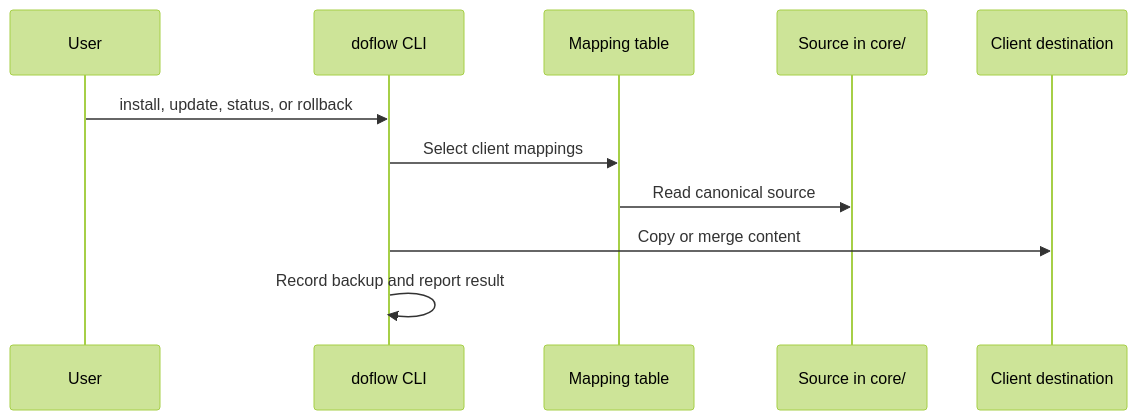
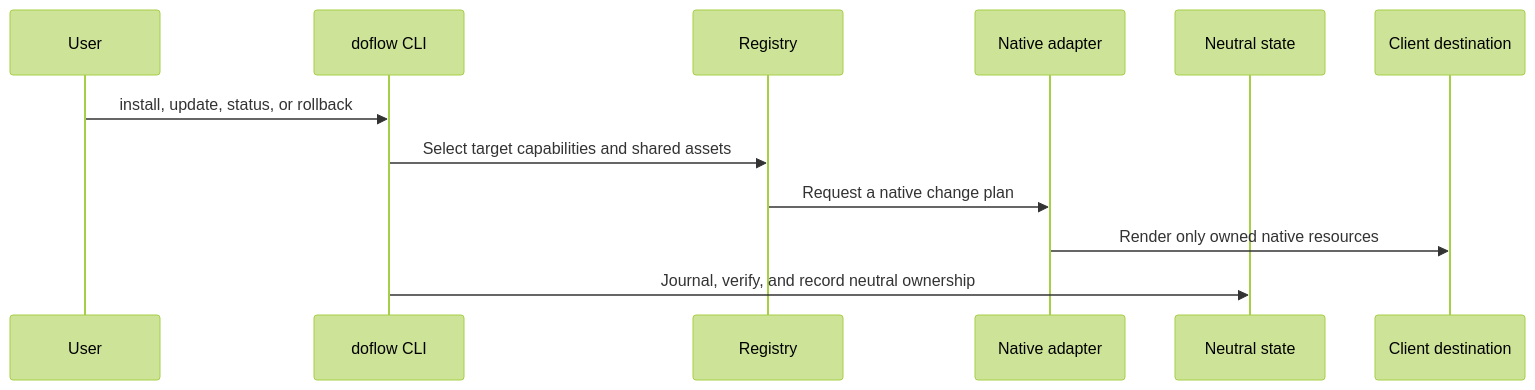
The second of 3 diagrams in docs/architecture.md (khoavu882/do-flow), drawn with Mermaid (forest theme) before and after one commit. The commit also changed other lines of this file and 208 other files, not shown here.

````diff
--- a/docs/architecture.md
+++ b/docs/architecture.md
@@ -35,13 +49,14 @@
 ```mermaid
 sequenceDiagram
     participant U as User
     participant CLI as doflow CLI
-    participant M as Mapping table
-    participant S as Source in core/
+    participant R as Registry
+    participant A as Native adapter
+    participant S as Neutral state
     participant T as Client destination
     U->>CLI: install, update, status, or rollback
-    CLI->>M: Select client mappings
-    M->>S: Read canonical source
-    CLI->>T: Copy or merge content
-    CLI->>CLI: Record backup and report result
+    CLI->>R: Select target capabilities and shared assets
+    R->>A: Request a native change plan
+    A->>T: Render only owned native resources
+    CLI->>S: Journal, verify, and record neutral ownership
 ```
````
